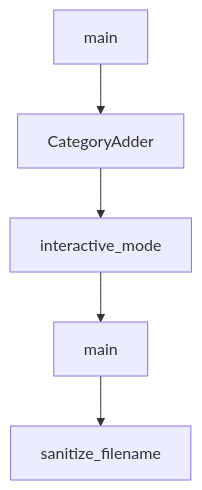
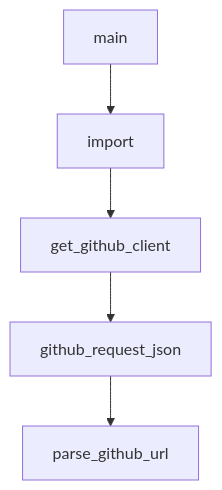
Before and after one commit to johnxie/awesome-code-docs: the diagram in tutorials/awesome-claude-code-tutorial/06-automation-pipeline-and-readme-generation.md, drawn with Mermaid. The commit also changed other lines of this file and 1232 other files, not shown here.

````diff
--- a/tutorials/awesome-claude-code-tutorial/06-automation-pipeline-and-readme-generation.md
+++ b/tutorials/awesome-claude-code-tutorial/06-automation-pipeline-and-readme-generation.md
@@ -224,12 +213,12 @@
 ```mermaid
 flowchart TD
     A[main]
-    B[CategoryAdder]
-    C[interactive_mode]
-    D[main]
-    E[sanitize_filename]
+    B[import]
+    C[get_github_client]
+    D[github_request_json]
+    E[parse_github_url]
     A --> B
     B --> C
     C --> D
     D --> E
 ```
````
